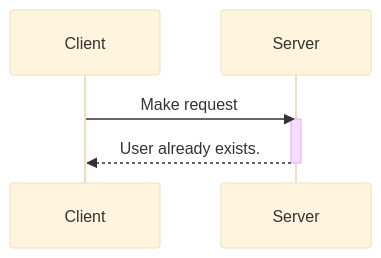
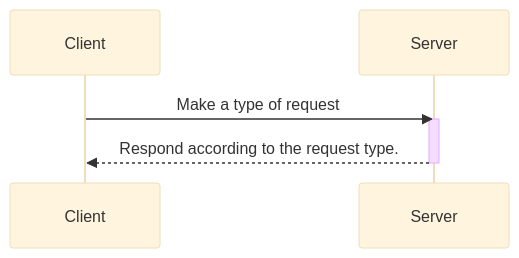
One commit to laize-loucia/movie_booking changed the first of 3 diagrams in README.md. Above: the diagram before and after it, drawn with Mermaid (base theme).

````diff
--- a/README.md
+++ b/README.md
@@ -7,10 +7,10 @@
 ```mermaid
 sequenceDiagram
     participant Client
     participant Server
-    Client->>Server: Make request
+    Client->>Server: Make a type of request
     activate Server
-    Server-->>Client: User already exists.
+    Server-->>Client: Respond according to the request type.
     deactivate Server
 
 ```
````
